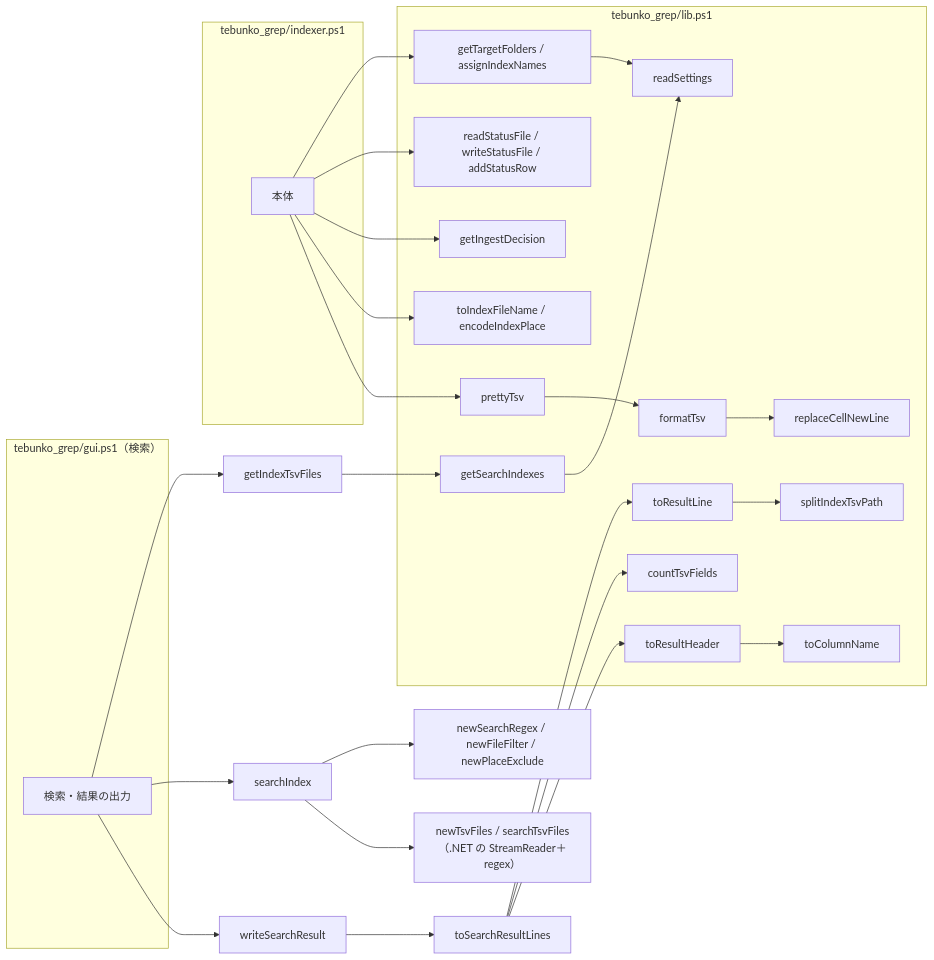
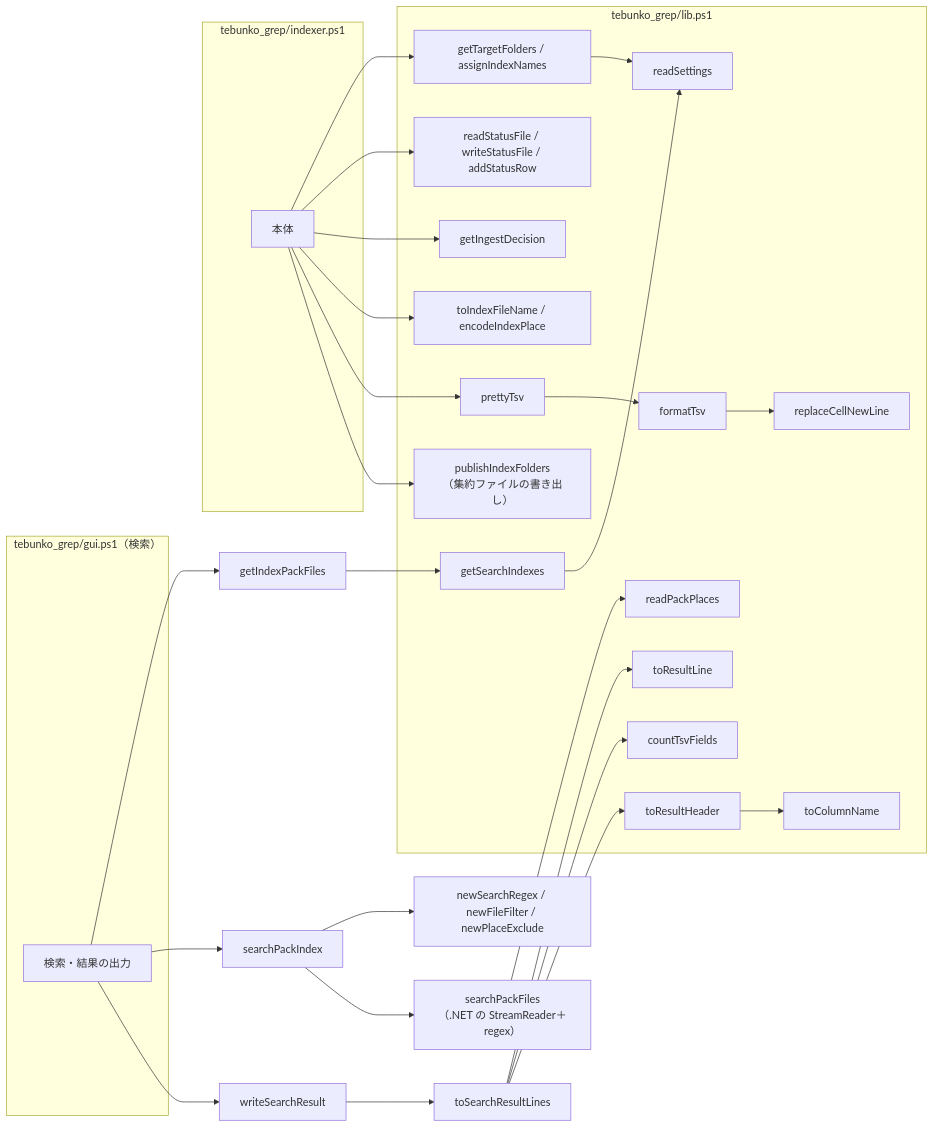
One commit to hsgwa/tebunko changed the second of 3 diagrams in docs/00_共通_2_共通モジュール.md. Above: the diagram before and after it, drawn with Mermaid. The commit also changed other lines of this file and 53 other files, not shown here.

````diff
--- a/docs/00_共通_2_共通モジュール.md
+++ b/docs/00_共通_2_共通モジュール.md
@@ -227,39 +227,41 @@
 ```mermaid
 flowchart LR
     subgraph OTS["tebunko_grep/indexer.ps1"]
         OT["本体"]
     end
     subgraph GRS["tebunko_grep/gui.ps1（検索）"]
         GR["検索・結果の出力"]
     end
     subgraph CMS["tebunko_grep/lib.ps1"]
         RCL["readSettings"]
         RSF["readStatusFile / writeStatusFile / addStatusRow"]
         GTF["getTargetFolders / assignIndexNames"]
         GID["getIngestDecision"]
         GIF["getSearchIndexes"]
         TSF["toIndexFileName / encodeIndexPlace"]
         RNL["replaceCellNewLine"]
         FT["formatTsv"]
         PT["prettyTsv"]
-        SIF["splitIndexTsvPath"]
+        PUB["publishIndexFolders<br>（集約ファイルの書き出し）"]
+        RPP["readPackPlaces"]
         TRL["toResultLine"]
         CTF["countTsvFields"]
         TRH["toResultHeader"]
         TCN["toColumnName"]
     end
 
     OT --> GTF --> RCL
     OT --> RSF
     OT --> GID
     OT --> TSF
     OT --> PT --> FT --> RNL
-    GR --> ITF["getIndexTsvFiles"] --> GIF --> RCL
-    GR --> SI["searchIndex"]
+    OT --> PUB
+    GR --> ITF["getIndexPackFiles"] --> GIF --> RCL
+    GR --> SI["searchPackIndex"]
     SI --> NSR["newSearchRegex / newFileFilter / newPlaceExclude"]
-    SI --> STF["newTsvFiles / searchTsvFiles<br>（.NET の StreamReader＋regex）"]
+    SI --> STF["searchPackFiles<br>（.NET の StreamReader＋regex）"] --> RPP
     GR --> WSR["writeSearchResult"] --> TSR["toSearchResultLines"]
-    TSR --> TRL --> SIF
+    TSR --> TRL
     TSR --> CTF
     TSR --> TRH --> TCN
 ```
````
